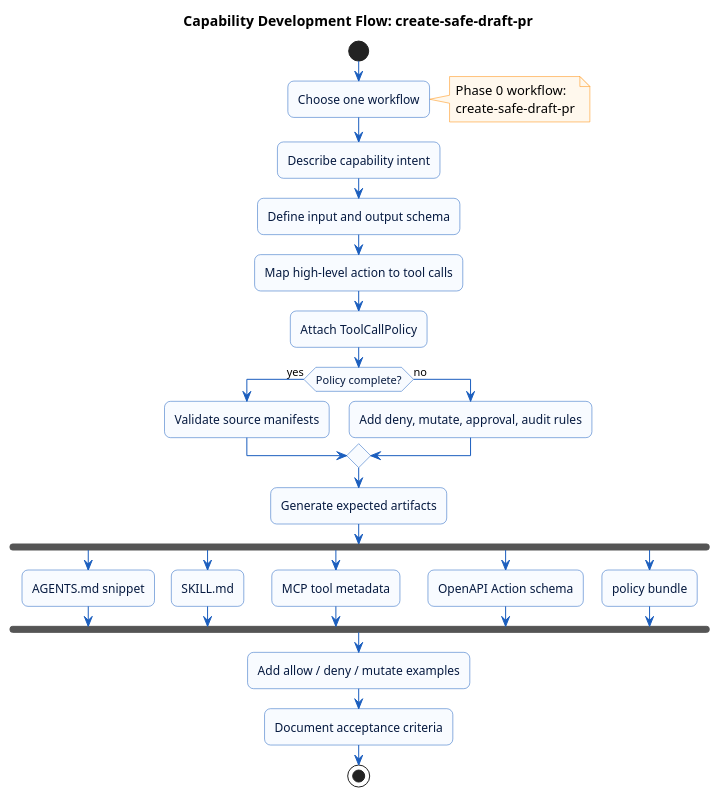
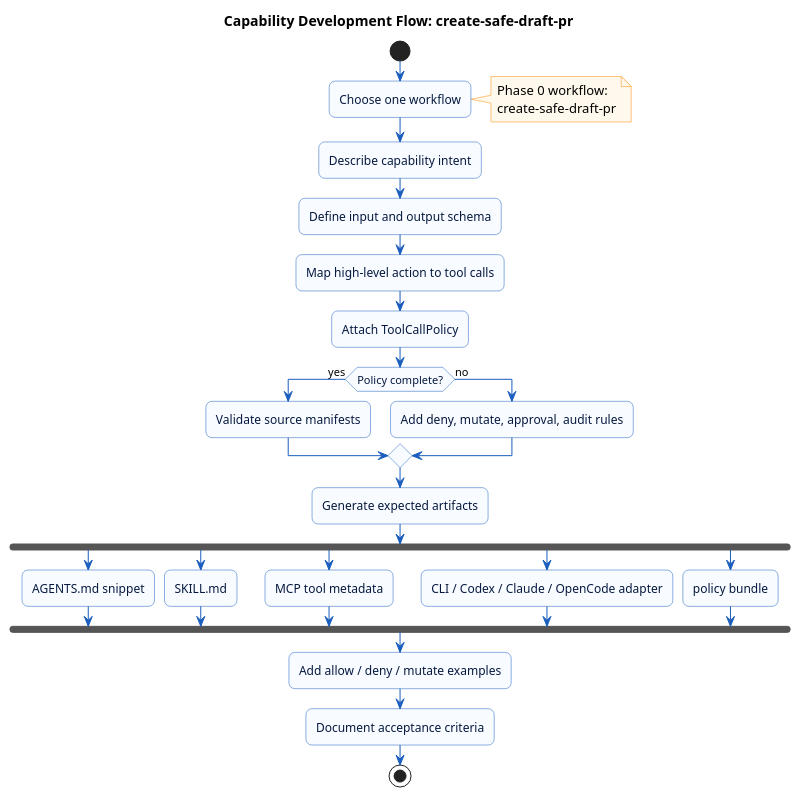
Before and after one commit to bakaut/actlane: the diagram in diagrams/plantuml/capability-development-flow.puml, drawn with PlantUML. The commit also changed 49 other files, not shown here.

```diff
--- a/diagrams/plantuml/capability-development-flow.puml
+++ b/diagrams/plantuml/capability-development-flow.puml
@@ -1,48 +1,48 @@
 @startuml
 skinparam backgroundColor #FFFFFF
 skinparam shadowing false
 skinparam roundcorner 12
 skinparam ArrowColor #1B5EBE
 skinparam ActivityBorderColor #1B5EBE
 skinparam ActivityBackgroundColor #F8FBFF
 skinparam ActivityFontColor #061A40
 skinparam NoteBackgroundColor #FFF8ED
 skinparam NoteBorderColor #FF8A00
 
 title Capability Development Flow: create-safe-draft-pr
 
 start
 :Choose one workflow;
 note right
 Phase 0 workflow:
 create-safe-draft-pr
 end note
 
 :Describe capability intent;
 :Define input and output schema;
 :Map high-level action to tool calls;
 :Attach ToolCallPolicy;
 
 if (Policy complete?) then (yes)
   :Validate source manifests;
 else (no)
   :Add deny, mutate, approval, audit rules;
 endif
 
 :Generate expected artifacts;
 fork
   :AGENTS.md snippet;
 fork again
   :SKILL.md;
 fork again
   :MCP tool metadata;
 fork again
-  :OpenAPI Action schema;
+  :CLI / Codex / Claude / OpenCode adapter;
 fork again
   :policy bundle;
 end fork
 
 :Add allow / deny / mutate examples;
 :Document acceptance criteria;
 stop
 @enduml
```
